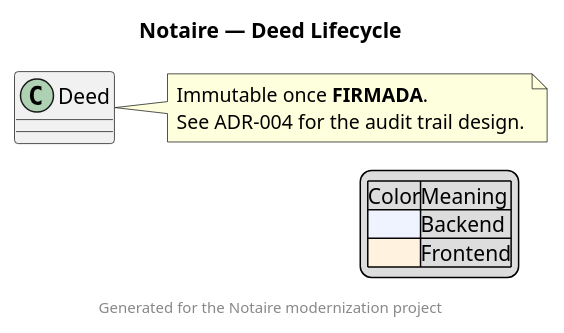
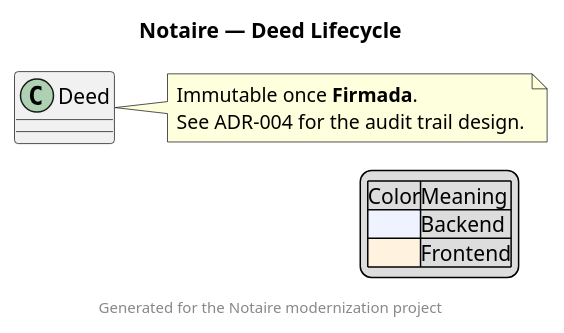
Before and after one commit to matiaspakua/notaire: the fifth of 6 diagrams in .claude/skills/plantuml/references/styling-and-layout.md, drawn with PlantUML. The commit also changed 52 other files, not shown here.

````diff
--- a/.claude/skills/plantuml/references/styling-and-layout.md
+++ b/.claude/skills/plantuml/references/styling-and-layout.md
@@ -71,16 +71,16 @@
 ```plantuml
 @startuml
 title Notaire — Deed Lifecycle
 class Deed
 note right of Deed
-  Immutable once **FIRMADA**.
+  Immutable once **Firmada**.
   See ADR-004 for the audit trail design.
 end note
 legend right
   |Color|Meaning|
   |<#EEF3FF>|Backend|
   |<#FFF3E0>|Frontend|
 endlegend
 footer Generated for the Notaire modernization project
 @enduml
 ```
````
